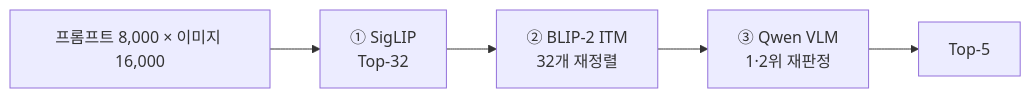
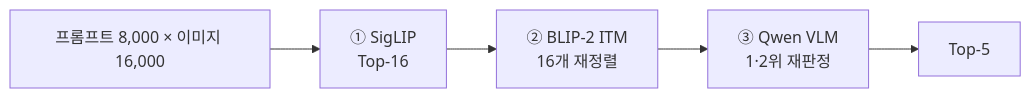
One commit to cobaltth/HAIKUTHON-16 changed the diagram in README.md. Above: the diagram before and after it, drawn with Mermaid.

````diff
--- a/README.md
+++ b/README.md
@@ -21,4 +21,4 @@
 ```mermaid
 flowchart LR
-    A["프롬프트 8,000 × 이미지 16,000"] --> B["① SigLIP<br/>Top-32"] --> C["② BLIP-2 ITM<br/>32개 재정렬"] --> D["③ Qwen VLM<br/>1·2위 재판정"] --> E["Top-5"]
+    A["프롬프트 8,000 × 이미지 16,000"] --> B["① SigLIP<br/>Top-16"] --> C["② BLIP-2 ITM<br/>16개 재정렬"] --> D["③ Qwen VLM<br/>1·2위 재판정"] --> E["Top-5"]
 ```
````
